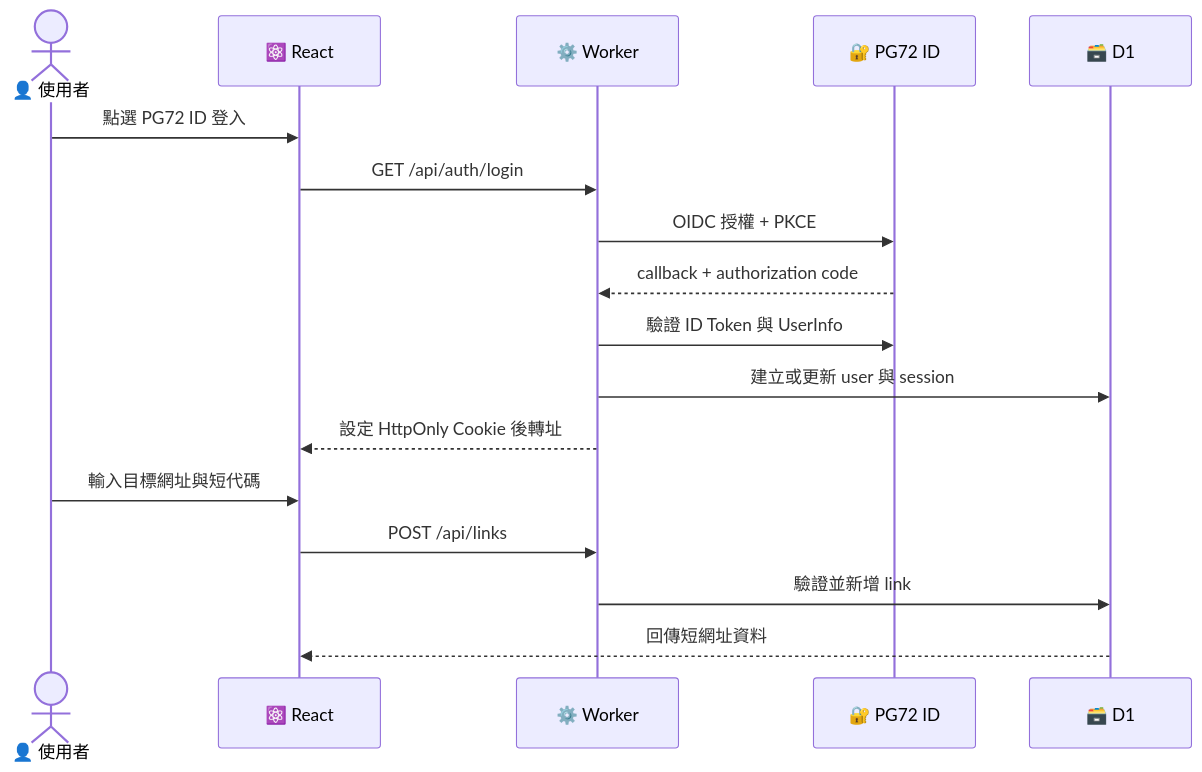
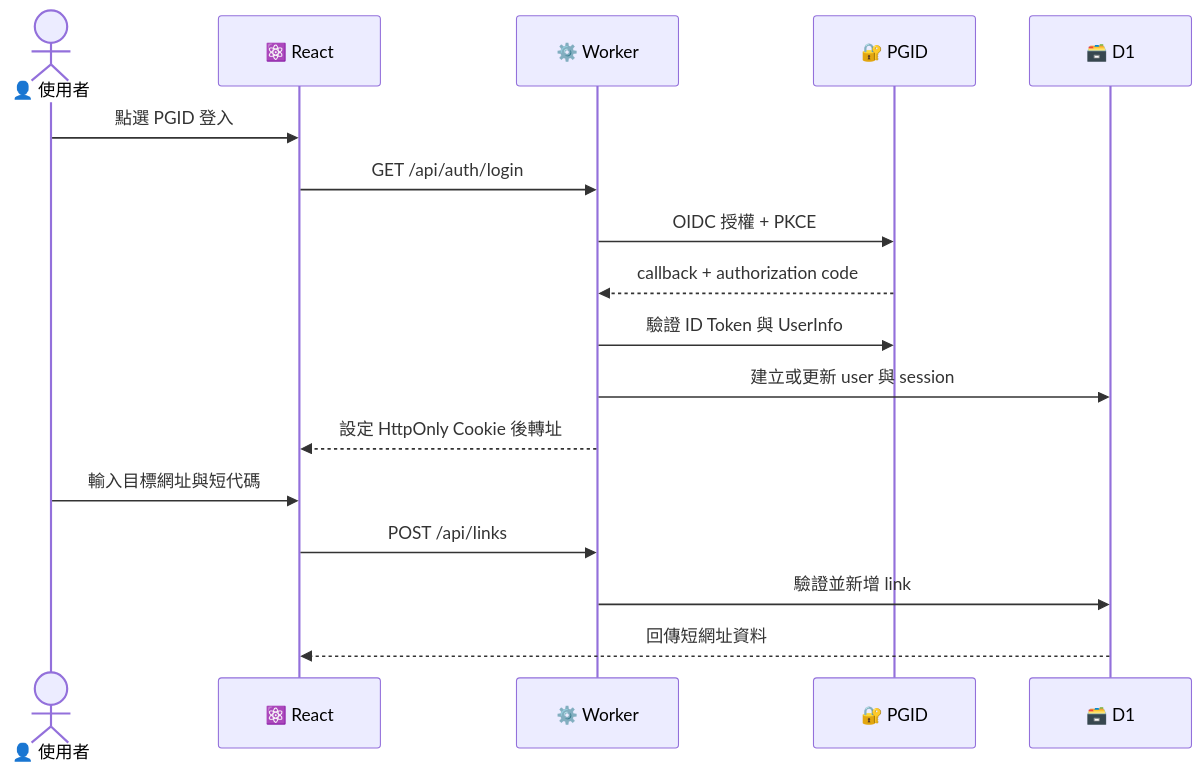
Before and after one commit to PGpenguin72/link-short: the third of 3 diagrams in README.md, drawn with Mermaid. The commit also changed other lines of this file and 2 other files, not shown here.

First line of the commit message:
Rename product name PG72 ID to PGID in user-facing copy

````diff
--- a/README.md
+++ b/README.md
@@ -65,20 +65,20 @@
 ```mermaid
 sequenceDiagram
     actor User as 👤 使用者
     participant App as ⚛️ React
     participant Worker as ⚙️ Worker
-    participant ID as 🔐 PG72 ID
+    participant ID as 🔐 PGID
     participant D1 as 🗃️ D1
 
-    User->>App: 點選 PG72 ID 登入
+    User->>App: 點選 PGID 登入
     App->>Worker: GET /api/auth/login
     Worker->>ID: OIDC 授權 + PKCE
     ID-->>Worker: callback + authorization code
     Worker->>ID: 驗證 ID Token 與 UserInfo
     Worker->>D1: 建立或更新 user 與 session
     Worker-->>App: 設定 HttpOnly Cookie 後轉址
     User->>App: 輸入目標網址與短代碼
     App->>Worker: POST /api/links
     Worker->>D1: 驗證並新增 link
     D1-->>App: 回傳短網址資料
 ```
````
